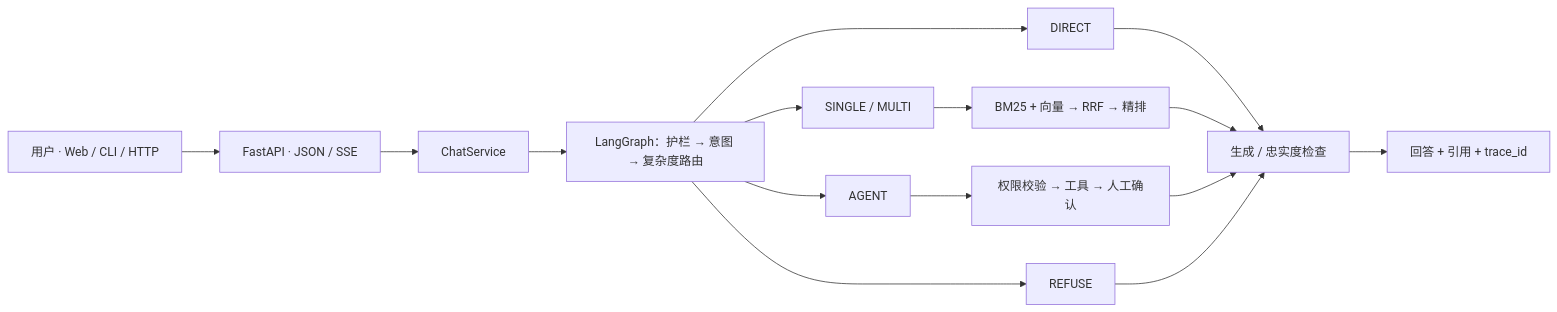
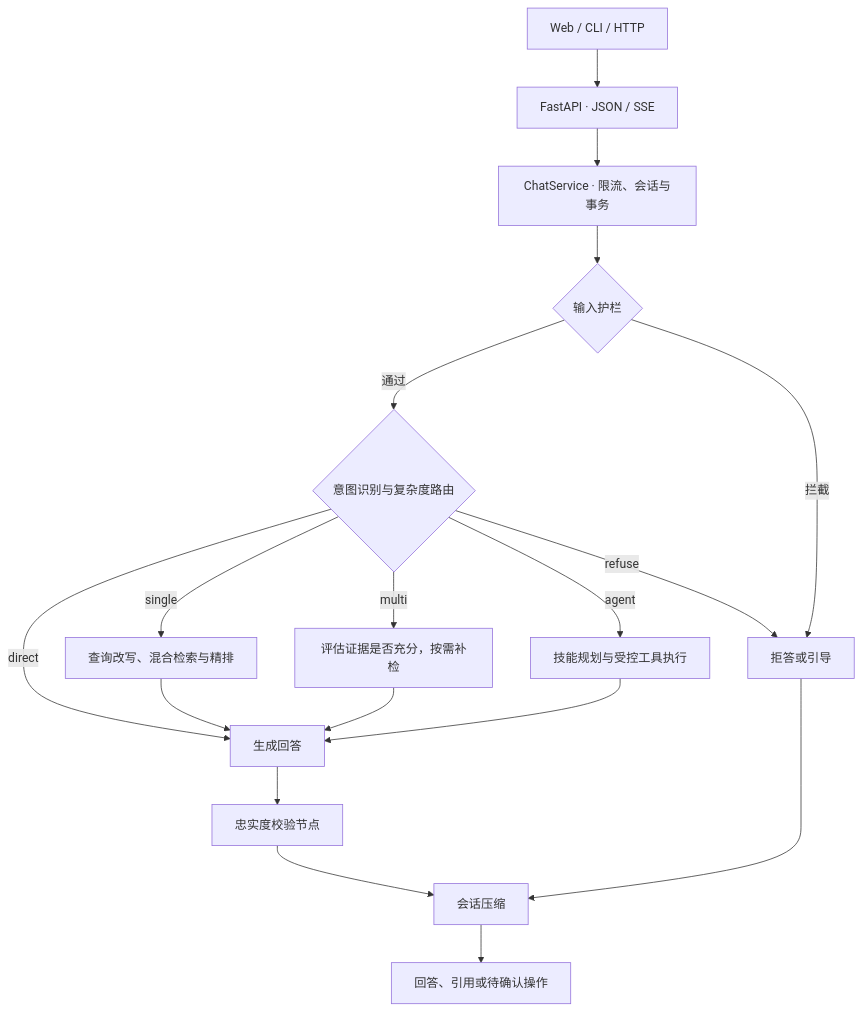
The first of 2 diagrams in README.md (JJJJCCCCCCC/Adaptive-rag), drawn with Mermaid before and after one commit. The commit also changed other lines of this file, not shown here.

Commit message:
docs: showcase Adaptive-RAG architecture and measured results

````diff
--- a/README.md
+++ b/README.md
@@ -203,17 +89,20 @@
 ```mermaid
-flowchart LR
-    U["用户 · Web / CLI / HTTP"] --> API["FastAPI · JSON / SSE"]
-    API --> S["ChatService"]
-    S --> G["LangGraph：护栏 → 意图 → 复杂度路由"]
-    G --> D["DIRECT"]
-    G --> R["SINGLE / MULTI"]
-    G --> A["AGENT"]
-    G --> F["REFUSE"]
-    R --> H["BM25 + 向量 → RRF → 精排"]
-    A --> T["权限校验 → 工具 → 人工确认"]
-    D --> O["生成 / 忠实度检查"]
-    H --> O
-    T --> O
-    F --> O
-    O --> X["回答 + 引用 + trace_id"]
+flowchart TD
+    Client["Web / CLI / HTTP"] --> API["FastAPI · JSON / SSE"]
+    API --> Service["ChatService · 限流、会话与事务"]
+    Service --> Guard{"输入护栏"}
+    Guard -->|通过| Route{"意图识别与复杂度路由"}
+    Guard -->|拦截| Refuse["拒答或引导"]
+    Route -->|direct| Generate["生成回答"]
+    Route -->|single| Retrieve["查询改写、混合检索与精排"]
+    Route -->|multi| Multi["评估证据是否充分，按需补检"]
+    Route -->|agent| Tool["技能规划与受控工具执行"]
+    Route -->|refuse| Refuse
+    Retrieve --> Generate
+    Multi --> Generate
+    Tool --> Generate
+    Generate --> Check["忠实度校验节点"]
+    Check --> Memory["会话压缩"]
+    Refuse --> Memory
+    Memory --> Output["回答、引用或待确认操作"]
 ```
````
